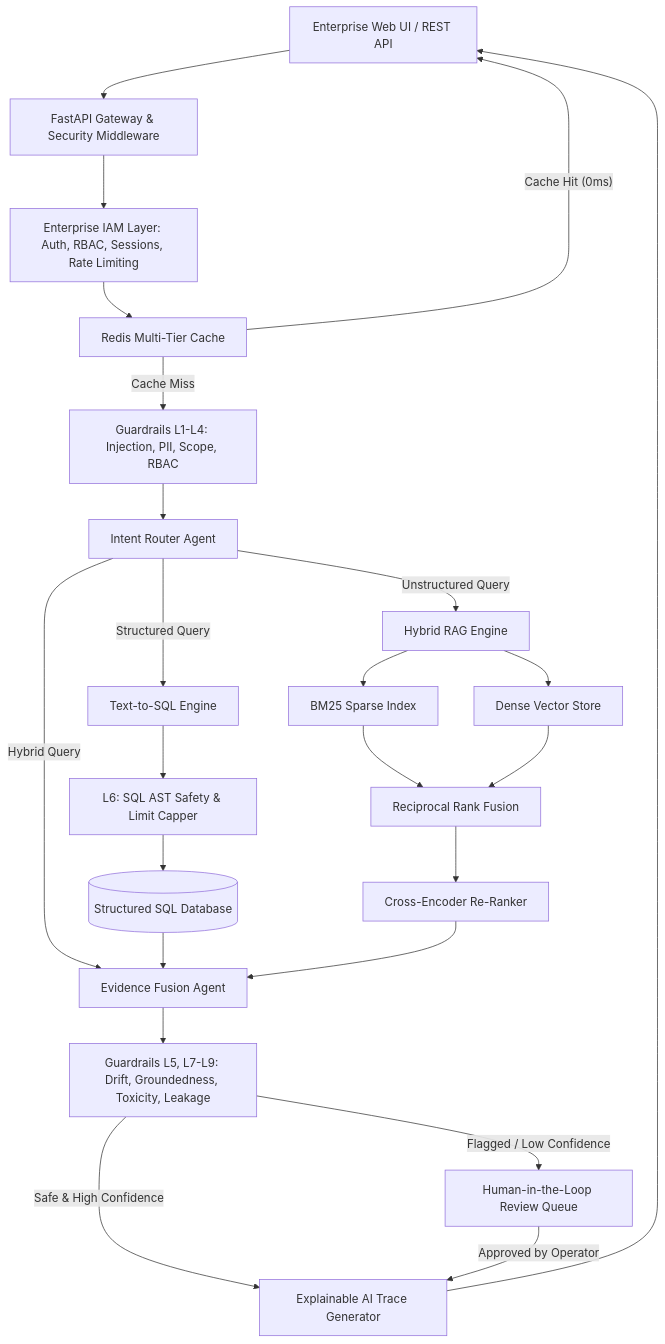
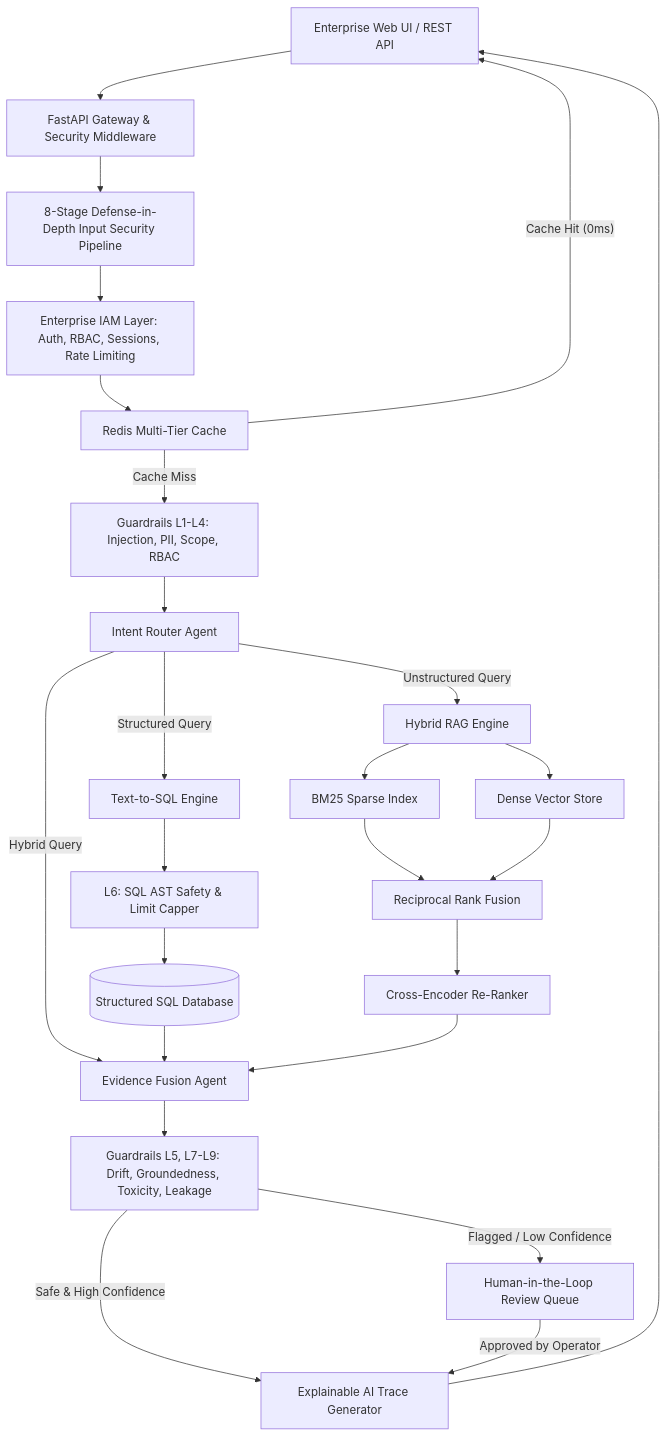
One commit to sreeram0343/ragtune changed the first of 2 diagrams in README.md. Above: the diagram before and after it, drawn with Mermaid. The commit also changed other lines of this file, not shown here.

Commit message:
docs: update README with Input Security Pipeline 8-stage architecture, threat mitigations, and diagrams

````diff
--- a/README.md
+++ b/README.md
@@ -34,34 +36,35 @@
 ```mermaid
 graph TD
     Client[Enterprise Web UI / REST API] --> Gateway[FastAPI Gateway & Security Middleware]
-    Gateway --> IAM[Enterprise IAM Layer: Auth, RBAC, Sessions, Rate Limiting]
+    Gateway --> SecurityPipeline[8-Stage Defense-in-Depth Input Security Pipeline]
+    SecurityPipeline --> IAM[Enterprise IAM Layer: Auth, RBAC, Sessions, Rate Limiting]
     IAM --> Cache[Redis Multi-Tier Cache]
     Cache -- Cache Hit (0ms) --> Client
     Cache -- Cache Miss --> G_Pre[Guardrails L1-L4: Injection, PII, Scope, RBAC]
     
     G_Pre --> Router[Intent Router Agent]
     
     Router -->|Structured Query| SQLAgent[Text-to-SQL Engine]
     Router -->|Unstructured Query| RAGAgent[Hybrid RAG Engine]
     Router -->|Hybrid Query| FusionAgent[Evidence Fusion Agent]
     
     SQLAgent --> SQLGuard[L6: SQL AST Safety & Limit Capper]
     SQLGuard --> DB[(Structured SQL Database)]
     
     RAGAgent --> BM25[BM25 Sparse Index]
     RAGAgent --> Dense[Dense Vector Store]
     BM25 --> RRF[Reciprocal Rank Fusion]
     Dense --> RRF
     RRF --> ReRanker[Cross-Encoder Re-Ranker]
     
     DB --> FusionAgent
     ReRanker --> FusionAgent
     
     FusionAgent --> G_Post[Guardrails L5, L7-L9: Drift, Groundedness, Toxicity, Leakage]
     
     G_Post -- Safe & High Confidence --> XAI[Explainable AI Trace Generator]
     G_Post -- Flagged / Low Confidence --> HITL[Human-in-the-Loop Review Queue]
     
     HITL -- Approved by Operator --> XAI
     XAI --> Client
 ```
````
